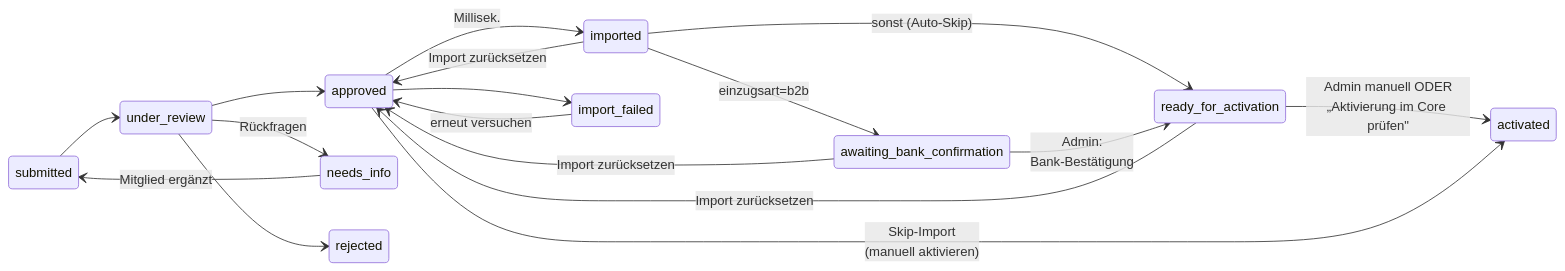
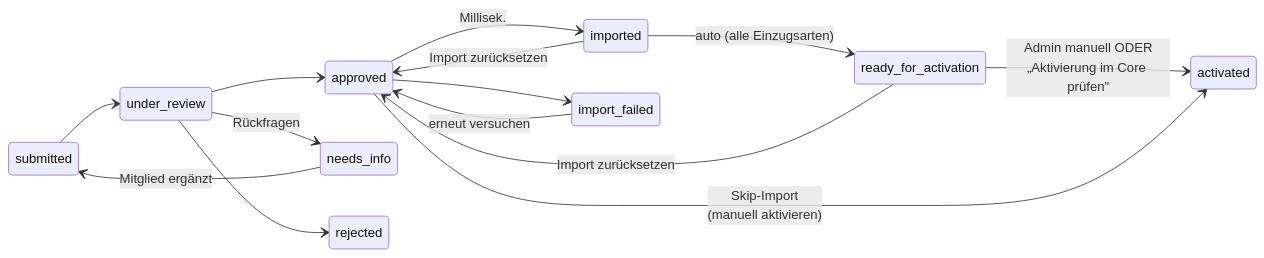
Before and after one commit to Marki4711/eegfaktura-member-onboarding: the diagram in docs/user-guide/05-admin-status.md, drawn with Mermaid. The commit also changed other lines of this file and 39 other files, not shown here.

````diff
--- a/docs/user-guide/05-admin-status.md
+++ b/docs/user-guide/05-admin-status.md
@@ -10,24 +10,21 @@
 ```mermaid
 stateDiagram-v2
     direction LR
     submitted --> under_review
     under_review --> approved
     approved --> imported: Millisek.
     approved --> import_failed
     import_failed --> approved: erneut versuchen
 
     under_review --> needs_info: Rückfragen
     needs_info --> submitted: Mitglied ergänzt
     under_review --> rejected
 
-    imported --> awaiting_bank_confirmation: einzugsart=b2b
-    imported --> ready_for_activation: sonst (Auto-Skip)
-    awaiting_bank_confirmation --> ready_for_activation: Admin:<br/>Bank-Bestätigung
+    imported --> ready_for_activation: auto (alle Einzugsarten)
     ready_for_activation --> activated: Admin manuell ODER<br/>„Aktivierung im Core prüfen"
 
     approved --> activated: Skip-Import<br/>(manuell aktivieren)
 
-    awaiting_bank_confirmation --> approved: Import zurücksetzen
     ready_for_activation --> approved: Import zurücksetzen
     imported --> approved: Import zurücksetzen
 ```
````
